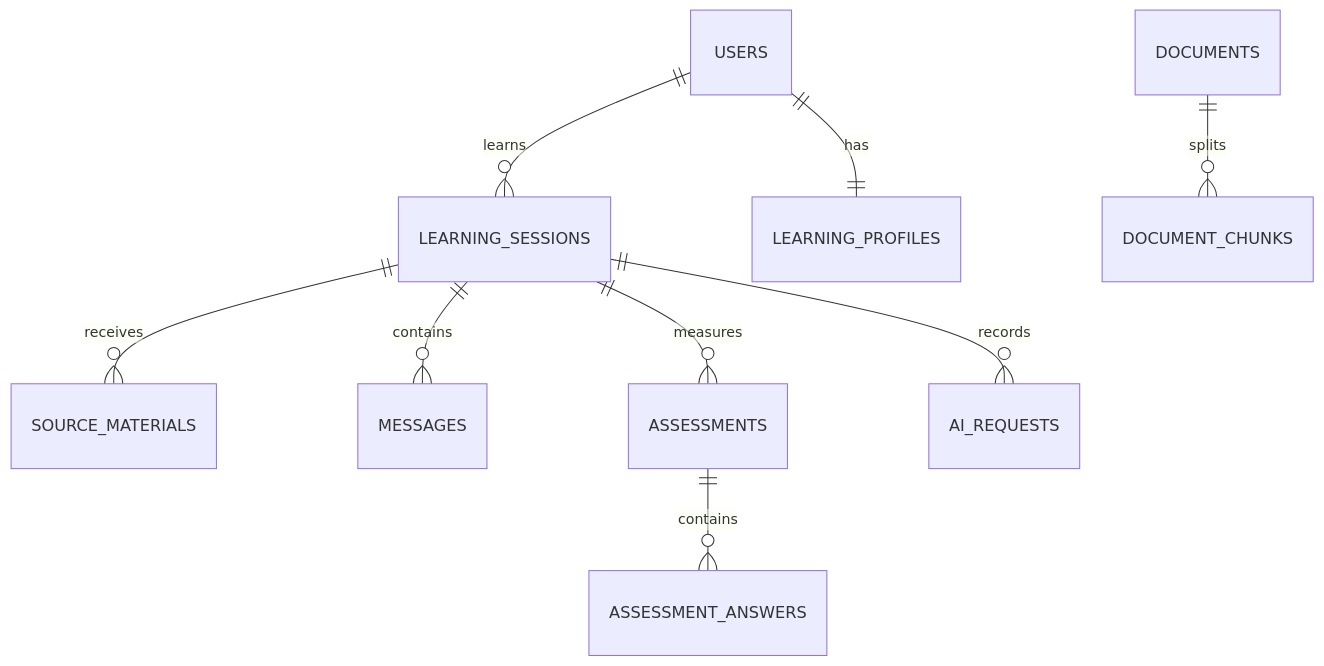
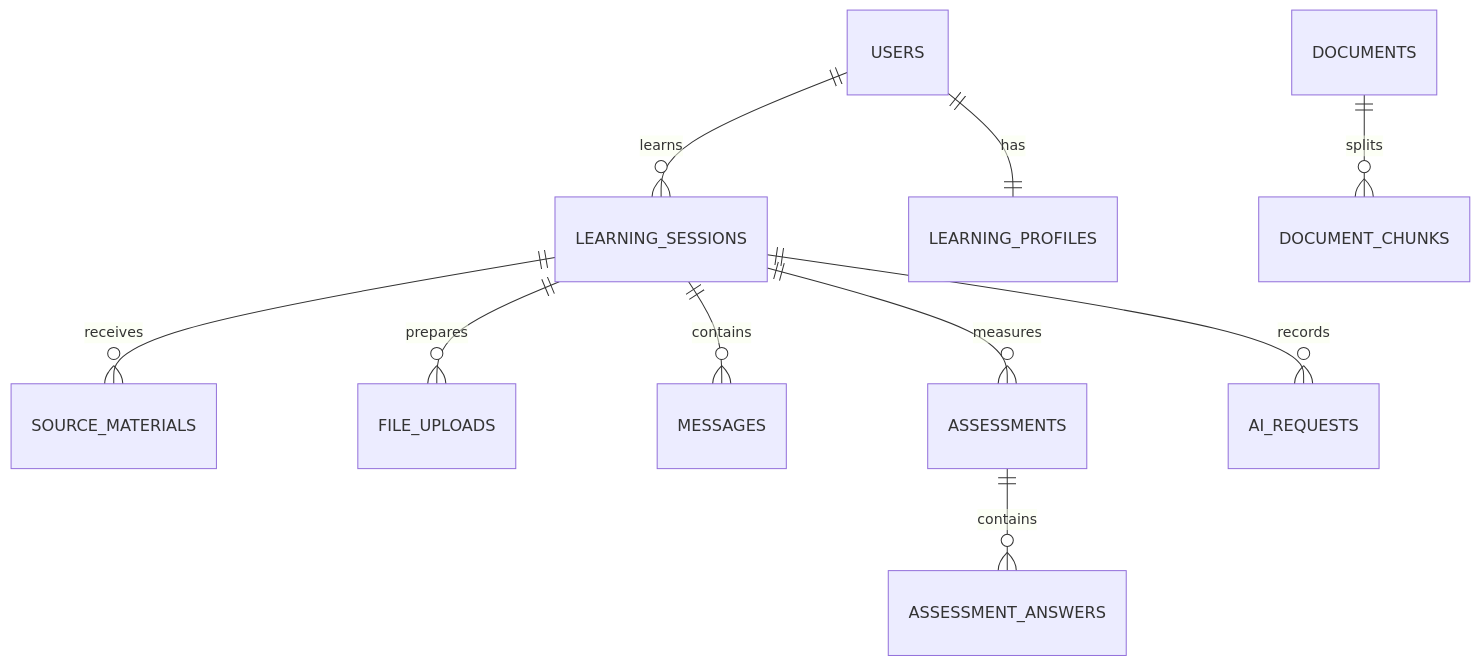
One commit to SteveJO789/LearnlyAi changed the diagram in docs/data-model.md. Above: the diagram before and after it, drawn with Mermaid. The commit also changed other lines of this file and 20 other files, not shown here.

````diff
--- a/docs/data-model.md
+++ b/docs/data-model.md
@@ -7,11 +7,12 @@
 ```mermaid
 erDiagram
     USERS ||--o{ LEARNING_SESSIONS : learns
     LEARNING_SESSIONS ||--o{ SOURCE_MATERIALS : receives
+    LEARNING_SESSIONS ||--o{ FILE_UPLOADS : prepares
     LEARNING_SESSIONS ||--o{ MESSAGES : contains
     LEARNING_SESSIONS ||--o{ ASSESSMENTS : measures
     ASSESSMENTS ||--o{ ASSESSMENT_ANSWERS : contains
     USERS ||--|| LEARNING_PROFILES : has
     DOCUMENTS ||--o{ DOCUMENT_CHUNKS : splits
     LEARNING_SESSIONS ||--o{ AI_REQUESTS : records
 ```
````
